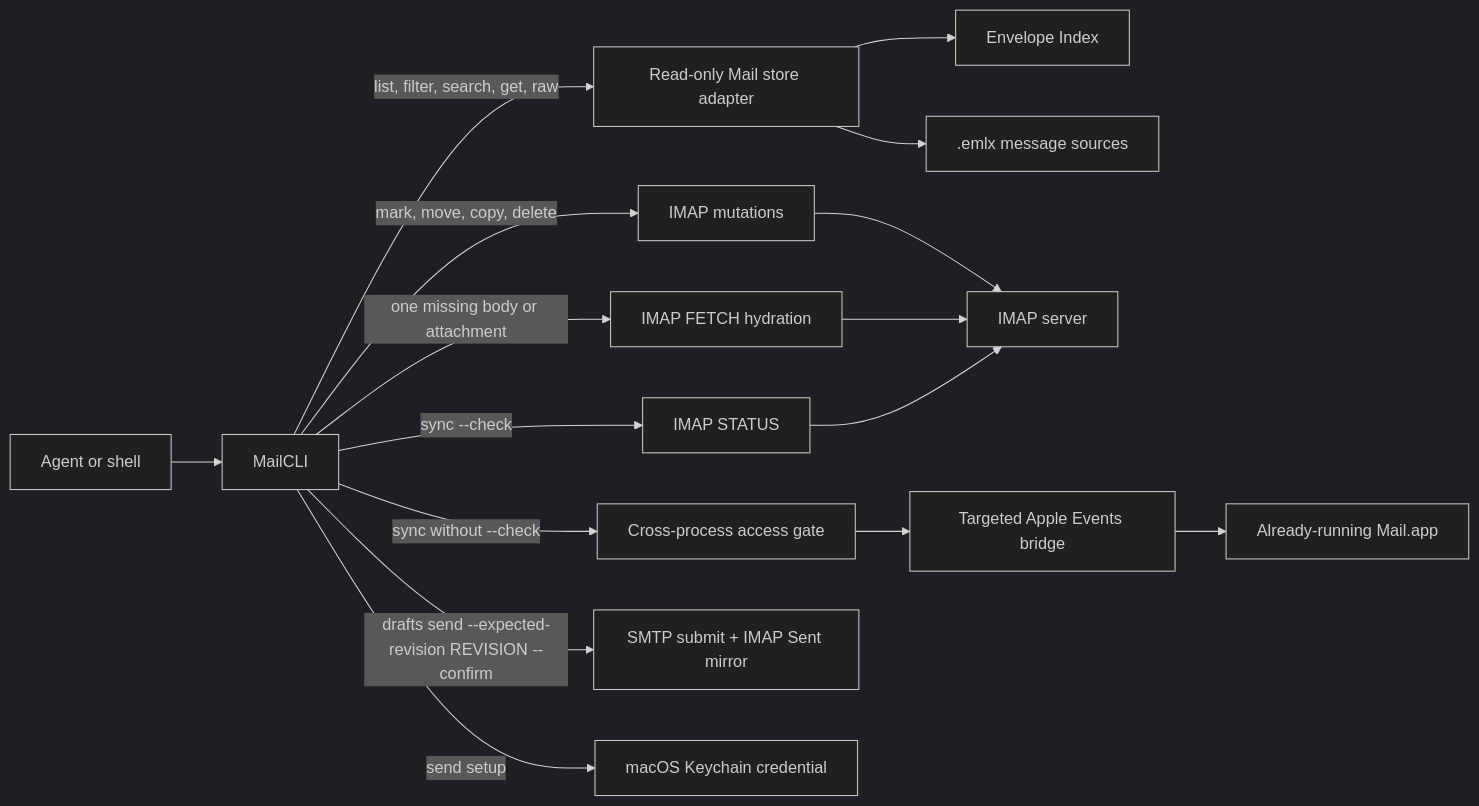
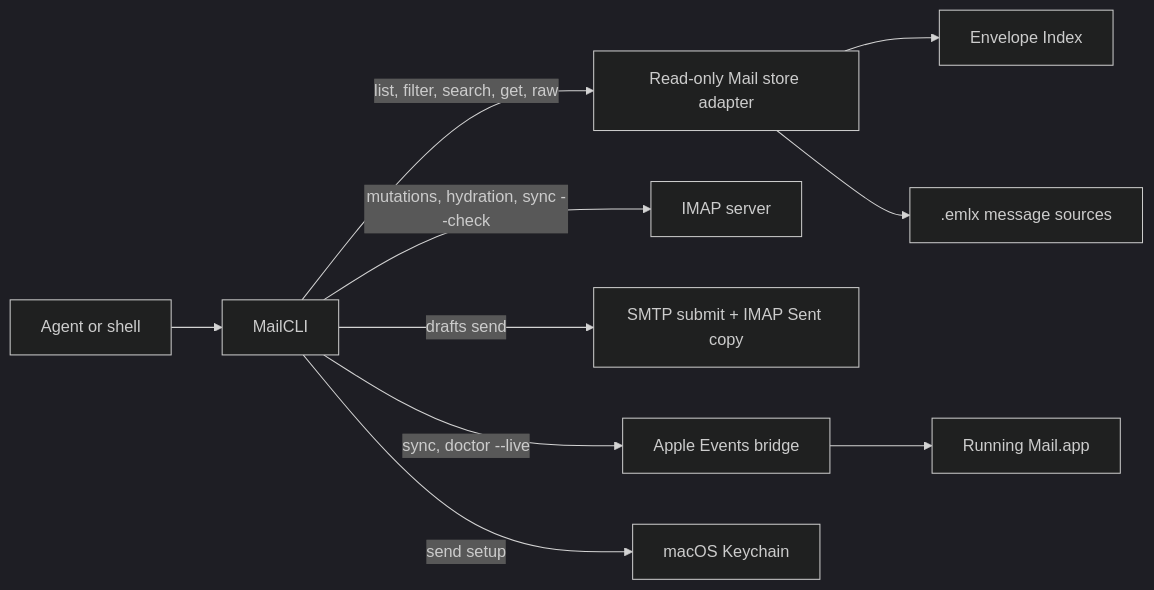
The diagram in README.md (Christopher-Schulze/MailCLI), drawn with Mermaid (dark theme) before and after one commit. The commit also changed other lines of this file and 3 other files, not shown here.

````diff
--- a/README.md
+++ b/README.md
@@ -62,18 +46,12 @@
 ```mermaid
 flowchart LR
     Agent["Agent or shell"] --> CLI["MailCLI"]
     CLI -->|"list, filter, search, get, raw"| Store["Read-only Mail store adapter"]
     Store --> Index["Envelope Index"]
     Store --> EMLX[".emlx message sources"]
-    CLI -->|"mark, move, copy, delete"| IMAPMut["IMAP mutations"]
-    CLI -->|"one missing body or attachment"| IMAPHydrate["IMAP FETCH hydration"]
-    CLI -->|"sync --check"| IMAPStatus["IMAP STATUS"]
-    IMAPMut --> Server["IMAP server"]
-    IMAPHydrate --> Server
-    IMAPStatus --> Server
-    CLI -->|"sync without --check"| Gate["Cross-process access gate"]
-    Gate --> Bridge["Targeted Apple Events bridge"]
-    Bridge --> Mail["Already-running Mail.app"]
-    CLI -->|"drafts send --expected-revision REVISION --confirm"| Transport["SMTP submit + IMAP Sent mirror"]
-    CLI -->|"send setup"| Keychain["macOS Keychain credential"]
+    CLI -->|"mutations, hydration, sync --check"| IMAP["IMAP server"]
+    CLI -->|"drafts send"| Transport["SMTP submit + IMAP Sent copy"]
+    CLI -->|"sync, doctor --live"| Bridge["Apple Events bridge"]
+    Bridge --> Mail["Running Mail.app"]
+    CLI -->|"send setup"| Keychain["macOS Keychain"]
 ```
````
